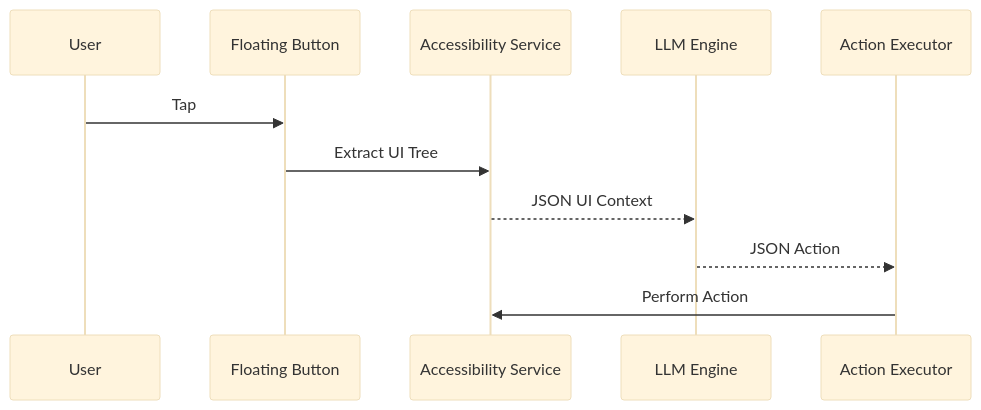
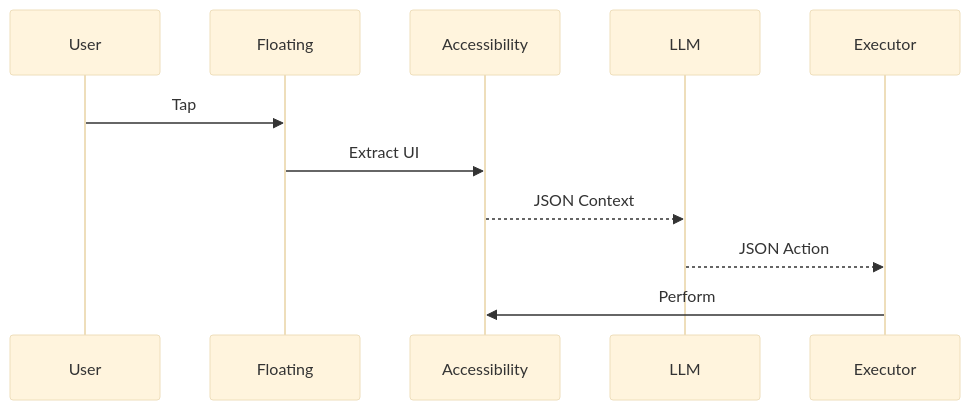
The second of 2 diagrams in README.md (dummyforever07-beep/Jarvis-), drawn with Mermaid (base theme) before and after one commit. The commit also changed other lines of this file, not shown here.

````diff
--- a/README.md
+++ b/README.md
@@ -51,14 +71,14 @@
 ```mermaid
 sequenceDiagram
     participant U as User
-    participant F as Floating Button
-    participant A as Accessibility Service
-    participant L as LLM Engine
-    participant X as Action Executor
+    participant F as Floating
+    participant A as Accessibility
+    participant L as LLM
+    participant X as Executor
 
     U->>F: Tap
-    F->>A: Extract UI Tree
-    A-->>L: JSON UI Context
+    F->>A: Extract UI
+    A-->>L: JSON Context
     L-->>X: JSON Action
-    X->>A: Perform Action
+    X->>A: Perform
 ```
````
